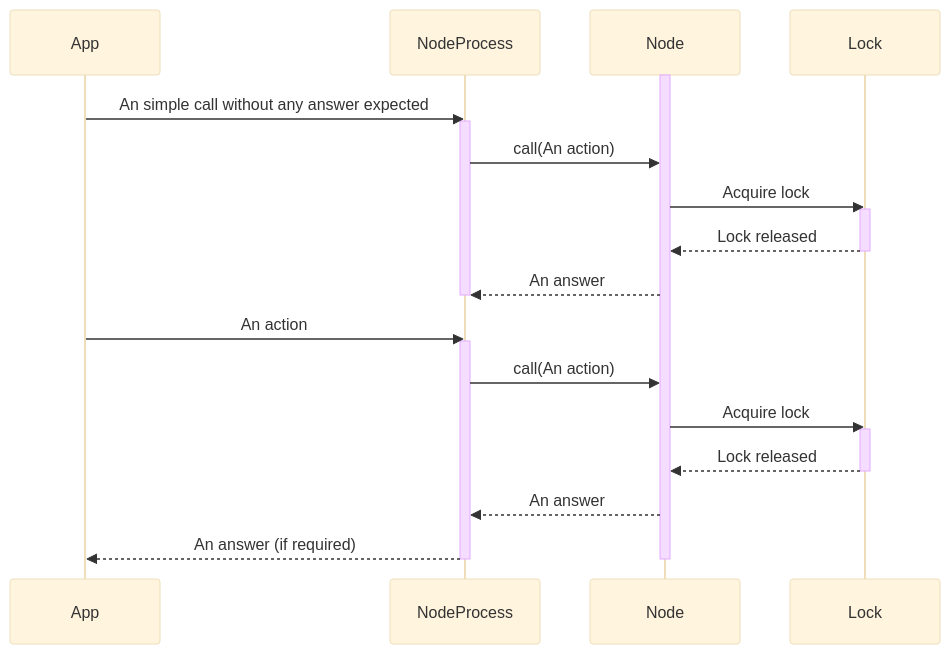
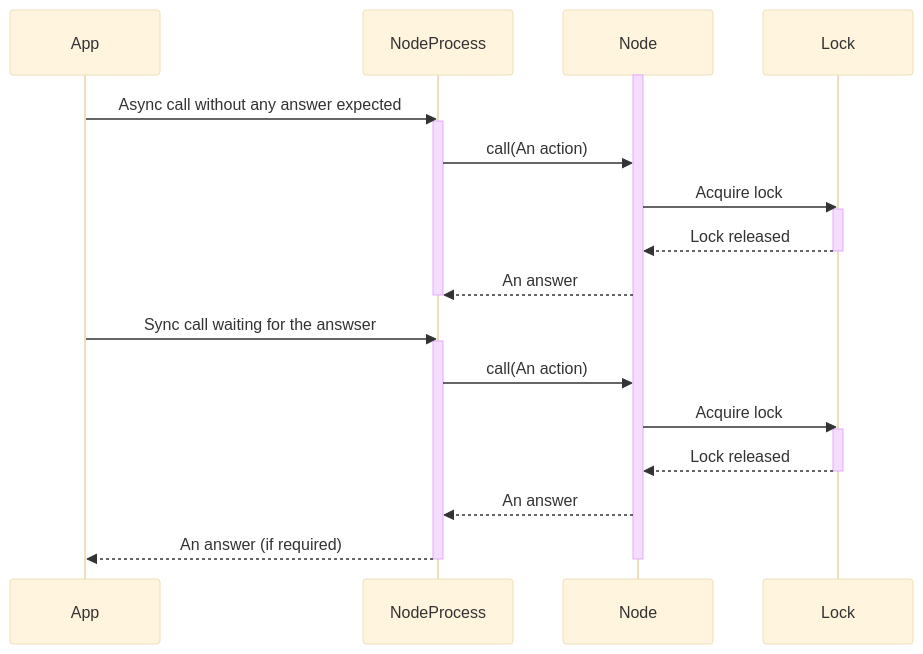
One commit to PYBrulin/axone changed the ninth of 9 diagrams in README.md. Above: the diagram before and after it, drawn with Mermaid (base theme). The commit also changed other lines of this file and 3 other files, not shown here.

````diff
--- a/README.md
+++ b/README.md
@@ -401,25 +391,25 @@
 ```mermaid
     sequenceDiagram
     activate Node
-    App->>NodeProcess: An simple call without any answer expected
+    App->>NodeProcess: Async call without any answer expected
     activate NodeProcess
     NodeProcess->>Node: call(An action)
     Node->>Lock: Acquire lock
     activate Lock
     Lock-->>Node: Lock released
     deactivate Lock
     Node-->>NodeProcess: An answer
     deactivate NodeProcess
 
-    App->>NodeProcess: An action
+    App->>NodeProcess: Sync call waiting for the answser
     activate NodeProcess
     NodeProcess->>Node: call(An action)
     Node->>Lock: Acquire lock
     activate Lock
     Lock-->>Node: Lock released
     deactivate Lock
     Node-->>NodeProcess: An answer
     NodeProcess-->>App: An answer (if required)
     deactivate NodeProcess
     deactivate Node
 ```
````
